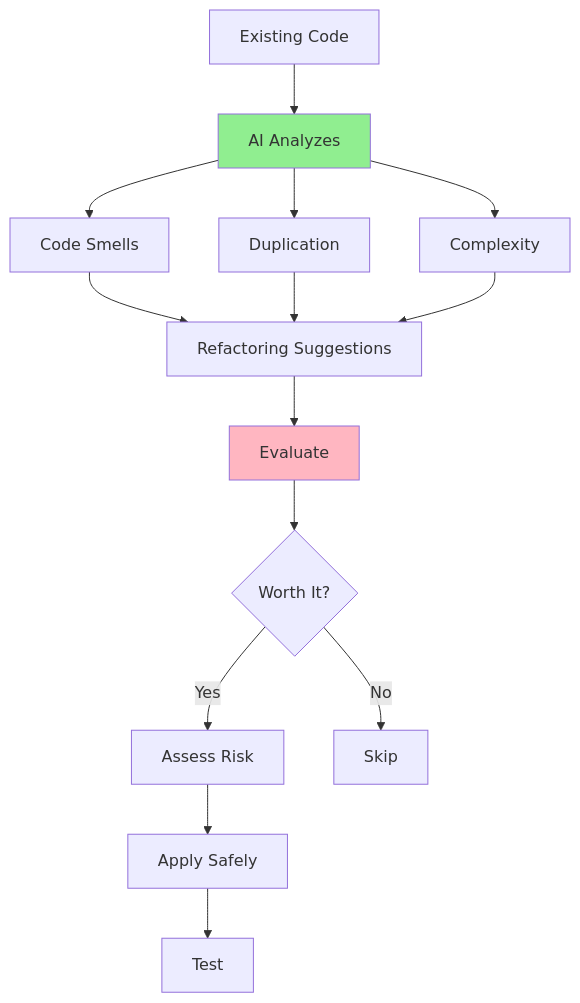
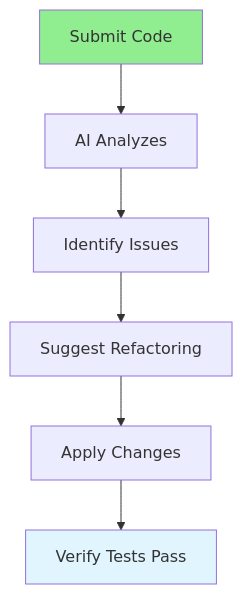
The diagram in Full-Stack-Guides/Group-05-AI-Assisted-Coding/05.09_AI_Refactoring_Suggestions.md (iouthnamain/tech-note), drawn with Mermaid before and after one commit. The commit also changed other lines of this file and 480 other files, not shown here.

````diff
--- a/Full-Stack-Guides/Group-05-AI-Assisted-Coding/05.09_AI_Refactoring_Suggestions.md
+++ b/Full-Stack-Guides/Group-05-AI-Assisted-Coding/05.09_AI_Refactoring_Suggestions.md
@@ -22,21 +22,11 @@
 ```mermaid
 flowchart TD
-    Code[Existing Code] --> Analyze[AI Analyzes]
-    Analyze --> Smells[Code Smells]
-    Analyze --> Duplication[Duplication]
-    Analyze --> Complexity[Complexity]
+    Code[Submit Code] --> Analyze[AI Analyzes]
+    Analyze --> Identify[Identify Issues]
+    Identify --> Suggest[Suggest Refactoring]
+    Suggest --> Apply[Apply Changes]
+    Apply --> Verify[Verify Tests Pass]
     
-    Smells --> Suggestions[Refactoring Suggestions]
-    Duplication --> Suggestions
-    Complexity --> Suggestions
-    
-    Suggestions --> Evaluate[Evaluate]
-    Evaluate --> Worth{Worth It?}
-    Worth -->|Yes| Risk[Assess Risk]
-    Worth -->|No| Skip[Skip]
-    Risk --> Apply[Apply Safely]
-    Apply --> Test[Test]
-    
-    style Analyze fill:#90EE90
-    style Evaluate fill:#FFB6C1
+    style Code fill:#90EE90
+    style Verify fill:#e1f5ff
 ```
````
